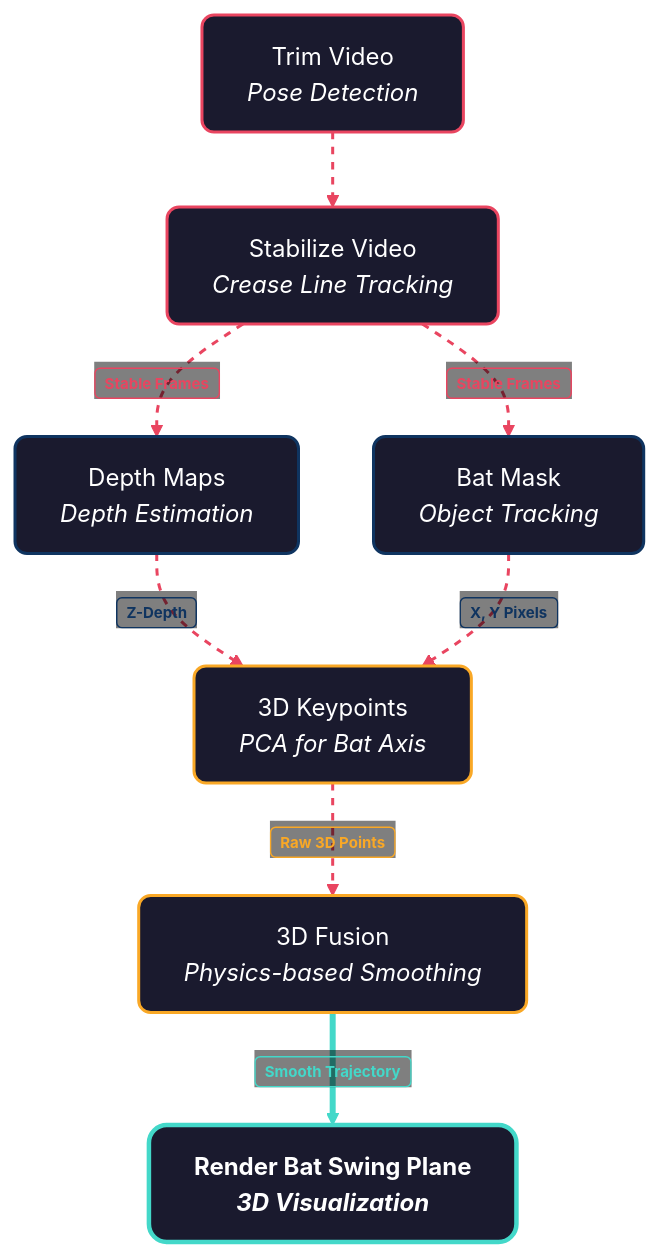
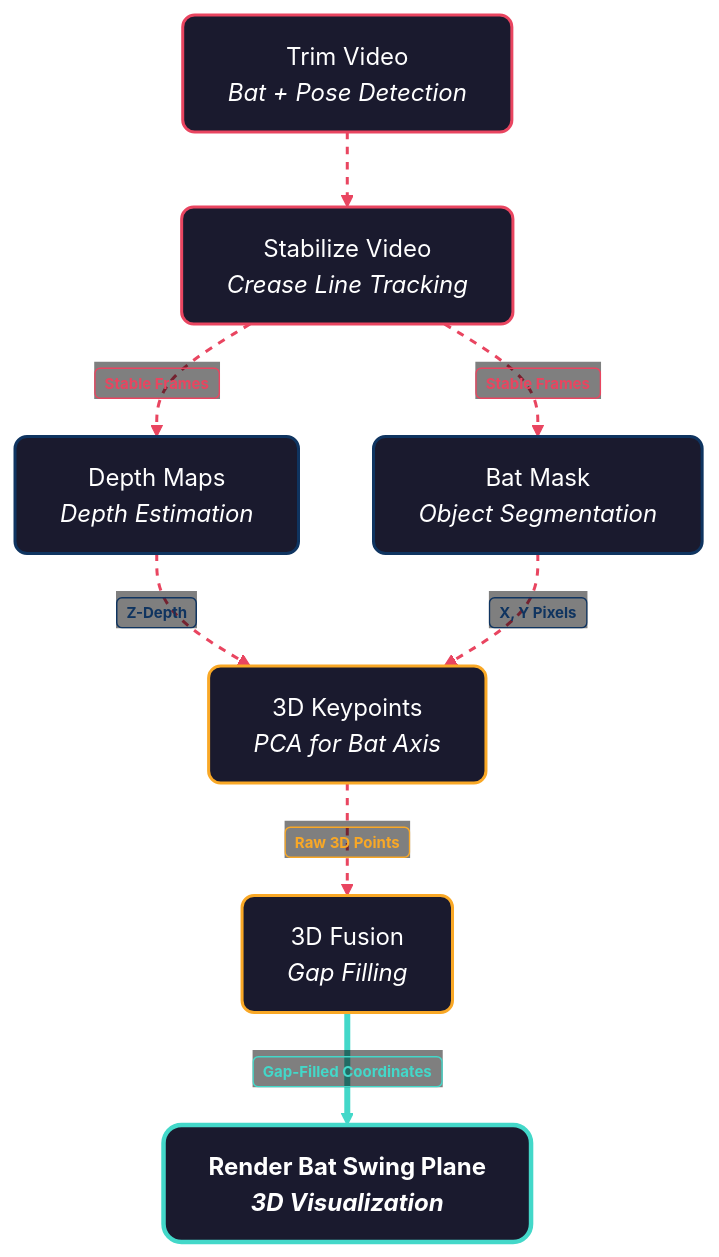
Before and after one commit to adnanmsk/blog_privew: the third of 9 diagrams in pipeline_diagrams.md, drawn with Mermaid. The commit also changed other lines of this file, not shown here.

Commit message:
Update terminology in pipeline diagrams to match Option 13

````diff
--- a/pipeline_diagrams.md
+++ b/pipeline_diagrams.md
@@ -68,19 +68,19 @@
 ```mermaid
 %%{init: {'theme': 'base', 'themeVariables': { 'edgeLabelBackground':'transparent' }}}%%
 flowchart TD
     classDef prep fill:#1a1a2e,stroke:#e94560,stroke-width:2px,color:#fff,rx:8px,ry:8px
     classDef infer fill:#1a1a2e,stroke:#0f3460,stroke-width:2px,color:#fff,rx:8px,ry:8px
     classDef phys fill:#1a1a2e,stroke:#f9a826,stroke-width:2px,color:#fff,rx:8px,ry:8px
     classDef out fill:#1a1a2e,stroke:#43d8c9,stroke-width:3px,color:#fff,rx:12px,ry:12px,font-weight:bold
 
-    T["Trim Video<br><i>Pose Detection</i>"]:::prep --> S["Stabilize Video<br><i>Crease Line Tracking</i>"]:::prep
+    T["Trim Video<br><i>Bat + Pose Detection</i>"]:::prep --> S["Stabilize Video<br><i>Crease Line Tracking</i>"]:::prep
     S -- "<span style='background:transparent !important; border:1.5px solid #e94560 !important; color:#e94560 !important; padding:2px 6px; border-radius:4px; font-size:10px; font-weight:bold; display:inline-block;'>Stable Frames</span>" --> D["Depth Maps<br><i>Depth Estimation</i>"]:::infer
-    S -- "<span style='background:transparent !important; border:1.5px solid #e94560 !important; color:#e94560 !important; padding:2px 6px; border-radius:4px; font-size:10px; font-weight:bold; display:inline-block;'>Stable Frames</span>" --> Seg["Bat Mask<br><i>Object Tracking</i>"]:::infer
+    S -- "<span style='background:transparent !important; border:1.5px solid #e94560 !important; color:#e94560 !important; padding:2px 6px; border-radius:4px; font-size:10px; font-weight:bold; display:inline-block;'>Stable Frames</span>" --> Seg["Bat Mask<br><i>Object Segmentation</i>"]:::infer
     D -- "<span style='background:transparent !important; border:1.5px solid #0f3460 !important; color:#0f3460 !important; padding:2px 6px; border-radius:4px; font-size:10px; font-weight:bold; display:inline-block;'>Z-Depth</span>" --> K["3D Keypoints<br><i>PCA for Bat Axis</i>"]:::phys
     Seg -- "<span style='background:transparent !important; border:1.5px solid #0f3460 !important; color:#0f3460 !important; padding:2px 6px; border-radius:4px; font-size:10px; font-weight:bold; display:inline-block;'>X, Y Pixels</span>" --> K
-    K -- "<span style='background:transparent !important; border:1.5px solid #f9a826 !important; color:#f9a826 !important; padding:2px 6px; border-radius:4px; font-size:10px; font-weight:bold; display:inline-block;'>Raw 3D Points</span>" --> F["3D Fusion<br><i>Physics-based Smoothing</i>"]:::phys
-    F -- "<span style='background:transparent !important; border:1.5px solid #43d8c9 !important; color:#43d8c9 !important; padding:2px 6px; border-radius:4px; font-size:10px; font-weight:bold; display:inline-block;'>Smooth Trajectory</span>" --> R["Render Bat Swing Plane<br><i>3D Visualization</i>"]:::out
+    K -- "<span style='background:transparent !important; border:1.5px solid #f9a826 !important; color:#f9a826 !important; padding:2px 6px; border-radius:4px; font-size:10px; font-weight:bold; display:inline-block;'>Raw 3D Points</span>" --> F["3D Fusion<br><i>Gap Filling</i>"]:::phys
+    F -- "<span style='background:transparent !important; border:1.5px solid #43d8c9 !important; color:#43d8c9 !important; padding:2px 6px; border-radius:4px; font-size:10px; font-weight:bold; display:inline-block;'>Gap-Filled Coordinates</span>" --> R["Render Bat Swing Plane<br><i>3D Visualization</i>"]:::out
 
     linkStyle 0,1,2,3,4,5 stroke:#e94560,stroke-width:2px,stroke-dasharray: 5 5
     linkStyle 6 stroke:#43d8c9,stroke-width:4px
 ```
````
